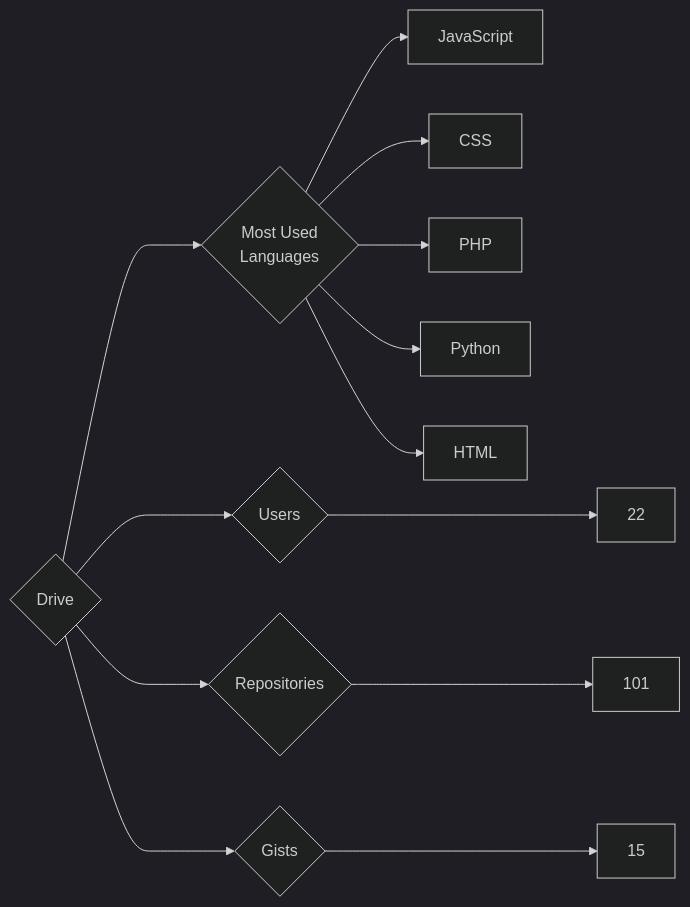
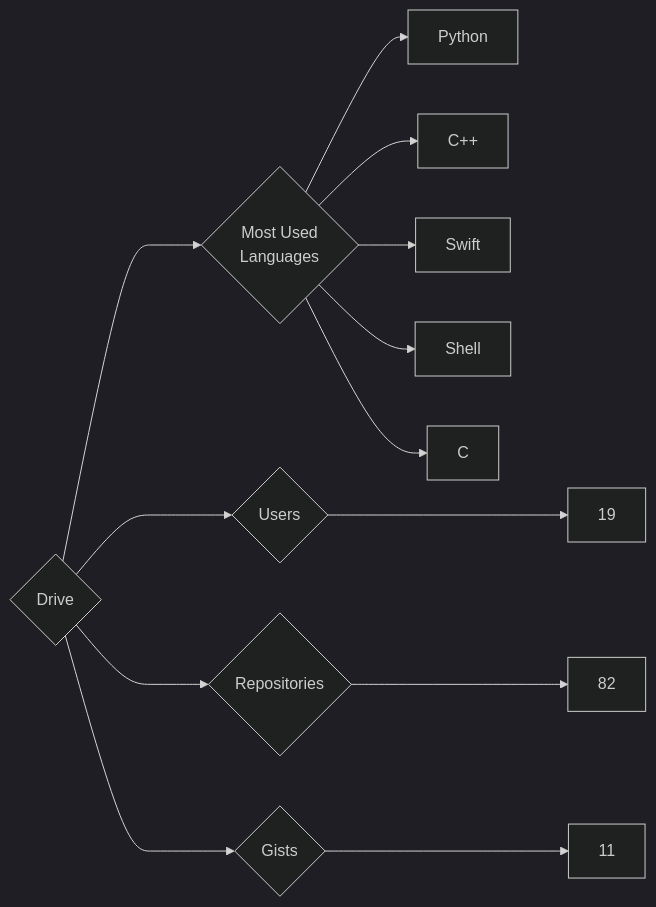
One commit to trickest/insiders changed the diagram in targets/Drive/README.md. Above: the diagram before and after it, drawn with Mermaid (dark theme). The commit also changed 925 other files, not shown here.

````diff
--- a/targets/Drive/README.md
+++ b/targets/Drive/README.md
@@ -3,13 +3,13 @@
 ```mermaid
 graph LR
 COMPANY_NAME{Drive}
-COMPANY_NAME ---> U{Users} ---> UN[22]
-COMPANY_NAME ---> R{Repositories} ---> RN[101]
-COMPANY_NAME ---> G{Gists} ---> GN[15]
+COMPANY_NAME ---> U{Users} ---> UN[19]
+COMPANY_NAME ---> R{Repositories} ---> RN[82]
+COMPANY_NAME ---> G{Gists} ---> GN[11]
 COMPANY_NAME ---> ML{Most Used<br>Languages}
-ML --> JavaScript[JavaScript]
-ML --> CSS[CSS]
-ML --> PHP[PHP]
 ML --> Python[Python]
-ML --> HTML[HTML]
+ML --> C++[C++]
+ML --> Swift[Swift]
+ML --> Shell[Shell]
+ML --> C[C]
 ```
````
